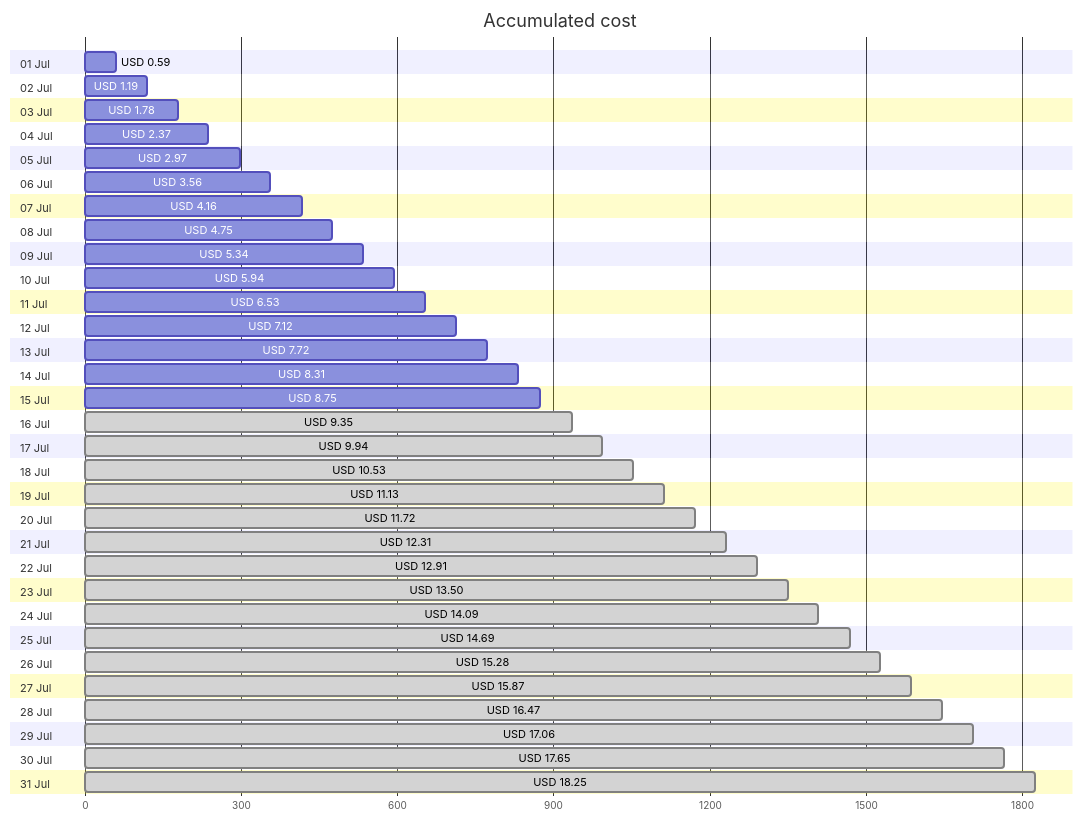
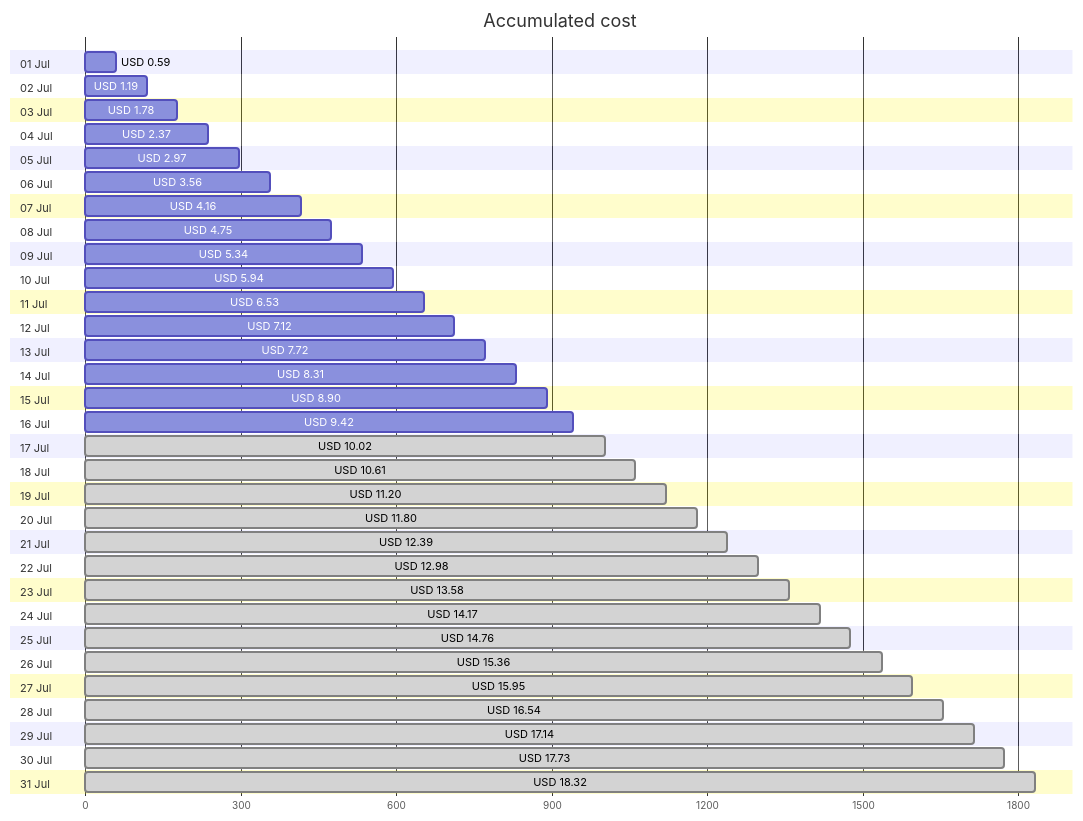
Before and after one commit to jpfulton/azure-personal-reports: the first of 4 diagrams in cost-reports/personal-site/README.md, drawn with Mermaid. The commit also changed other lines of this file and 6 other files, not shown here.

````diff
--- a/cost-reports/personal-site/README.md
+++ b/cost-reports/personal-site/README.md
@@ -20,68 +20,68 @@
 ```mermaid
 gantt
    title Accumulated cost
    dateFormat  X
    axisFormat %s
    section 01 Jul
    USD 0.59 :0, 59
    section 02 Jul
    USD 1.19 :0, 119
    section 03 Jul
    USD 1.78 :0, 178
    section 04 Jul
    USD 2.37 :0, 237
    section 05 Jul
    USD 2.97 :0, 297
    section 06 Jul
    USD 3.56 :0, 356
    section 07 Jul
    USD 4.16 :0, 416
    section 08 Jul
    USD 4.75 :0, 475
    section 09 Jul
    USD 5.34 :0, 534
    section 10 Jul
    USD 5.94 :0, 594
    section 11 Jul
    USD 6.53 :0, 653
    section 12 Jul
    USD 7.12 :0, 712
    section 13 Jul
    USD 7.72 :0, 772
    section 14 Jul
    USD 8.31 :0, 831
    section 15 Jul
-   USD 8.75 :0, 875
+   USD 8.90 :0, 890
    section 16 Jul
-   USD 9.35 : done, 0, 935
+   USD 9.42 :0, 942
    section 17 Jul
-   USD 9.94 : done, 0, 994
+   USD 10.02 : done, 0, 1002
    section 18 Jul
-   USD 10.53 : done, 0, 1053
+   USD 10.61 : done, 0, 1061
    section 19 Jul
-   USD 11.13 : done, 0, 1113
+   USD 11.20 : done, 0, 1120
    section 20 Jul
-   USD 11.72 : done, 0, 1172
+   USD 11.80 : done, 0, 1180
    section 21 Jul
-   USD 12.31 : done, 0, 1231
+   USD 12.39 : done, 0, 1239
    section 22 Jul
-   USD 12.91 : done, 0, 1291
+   USD 12.98 : done, 0, 1298
    section 23 Jul
-   USD 13.50 : done, 0, 1350
+   USD 13.58 : done, 0, 1358
    section 24 Jul
-   USD 14.09 : done, 0, 1409
+   USD 14.17 : done, 0, 1417
    section 25 Jul
-   USD 14.69 : done, 0, 1469
+   USD 14.76 : done, 0, 1476
    section 26 Jul
-   USD 15.28 : done, 0, 1528
+   USD 15.36 : done, 0, 1536
    section 27 Jul
-   USD 15.87 : done, 0, 1587
+   USD 15.95 : done, 0, 1595
    section 28 Jul
-   USD 16.47 : done, 0, 1647
+   USD 16.54 : done, 0, 1654
    section 29 Jul
-   USD 17.06 : done, 0, 1706
+   USD 17.14 : done, 0, 1714
    section 30 Jul
-   USD 17.65 : done, 0, 1765
+   USD 17.73 : done, 0, 1773
    section 31 Jul
-   USD 18.25 : done, 0, 1825
+   USD 18.32 : done, 0, 1832
 ```
````
